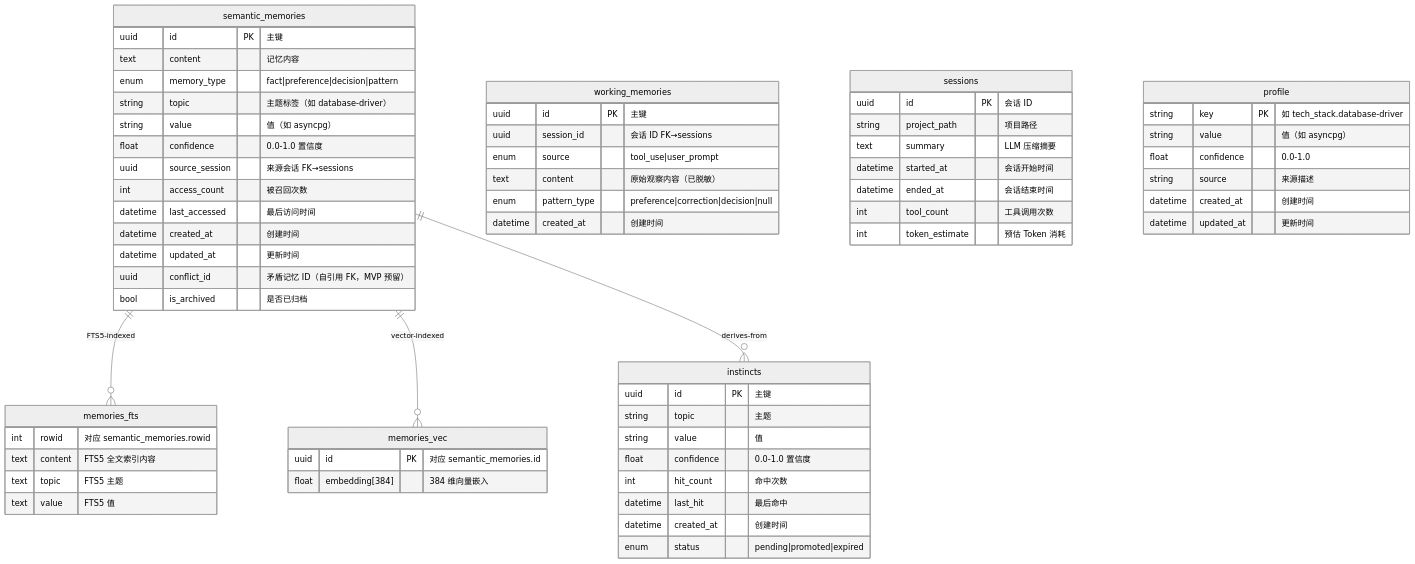
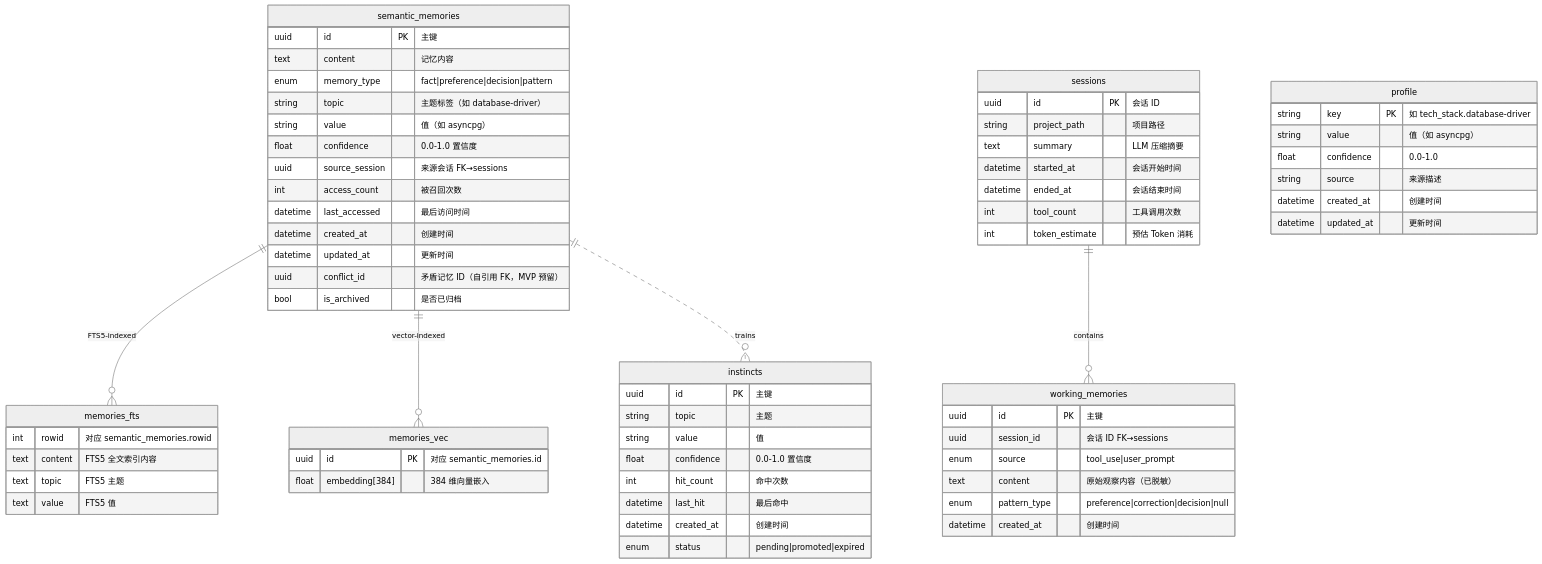
One commit to Lucas-lgm/clio changed the first of 11 diagrams in docs/architecture.md. Above: the diagram before and after it, drawn with Mermaid (neutral theme). The commit also changed other lines of this file, not shown here.

First line of the commit message:
docs: fix architecture document to match implementation

````diff
--- a/docs/architecture.md
+++ b/docs/architecture.md
@@ -10,73 +10,75 @@
 ```mermaid
 erDiagram
     semantic_memories ||--o{ memories_fts : "FTS5-indexed"
     semantic_memories ||--o{ memories_vec : "vector-indexed"
-    semantic_memories ||--o{ instincts : "derives-from"
+    semantic_memories ||..o{ instincts : "trains"
+
+    sessions ||--o{ working_memories : "contains"
 
     semantic_memories {
         uuid id PK "主键"
         text content "记忆内容"
         enum memory_type "fact|preference|decision|pattern"
         string topic "主题标签（如 database-driver）"
         string value "值（如 asyncpg）"
         float confidence "0.0-1.0 置信度"
         uuid source_session "来源会话 FK→sessions"
         int access_count "被召回次数"
         datetime last_accessed "最后访问时间"
         datetime created_at "创建时间"
         datetime updated_at "更新时间"
         uuid conflict_id "矛盾记忆 ID（自引用 FK，MVP 预留）"
         bool is_archived "是否已归档"
     }
 
     memories_fts {
         int rowid "对应 semantic_memories.rowid"
         text content "FTS5 全文索引内容"
         text topic "FTS5 主题"
         text value "FTS5 值"
     }
 
     memories_vec {
         uuid id PK "对应 semantic_memories.id"
         float embedding[384] "384 维向量嵌入"
     }
 
     working_memories {
         uuid id PK "主键"
         uuid session_id "会话 ID FK→sessions"
         enum source "tool_use|user_prompt"
         text content "原始观察内容（已脱敏）"
         enum pattern_type "preference|correction|decision|null"
         datetime created_at "创建时间"
     }
 
     instincts {
         uuid id PK "主键"
         string topic "主题"
         string value "值"
         float confidence "0.0-1.0 置信度"
         int hit_count "命中次数"
         datetime last_hit "最后命中"
         datetime created_at "创建时间"
         enum status "pending|promoted|expired"
     }
 
     sessions {
         uuid id PK "会话 ID"
         string project_path "项目路径"
         text summary "LLM 压缩摘要"
         datetime started_at "会话开始时间"
         datetime ended_at "会话结束时间"
         int tool_count "工具调用次数"
         int token_estimate "预估 Token 消耗"
     }
 
     profile {
         string key PK "如 tech_stack.database-driver"
         string value "值（如 asyncpg）"
         float confidence "0.0-1.0"
         string source "来源描述"
         datetime created_at "创建时间"
         datetime updated_at "更新时间"
     }
 ```
````
